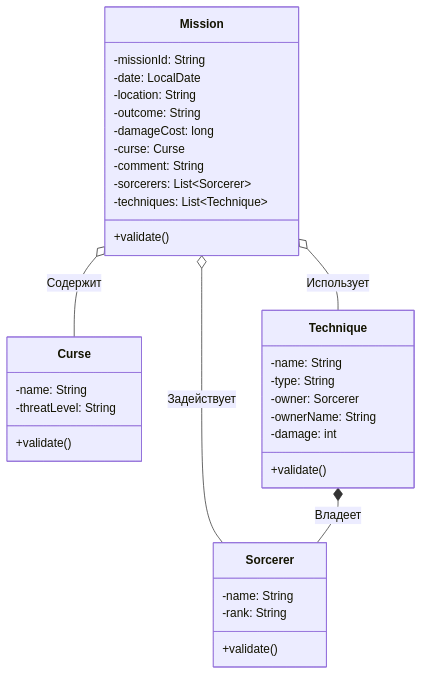
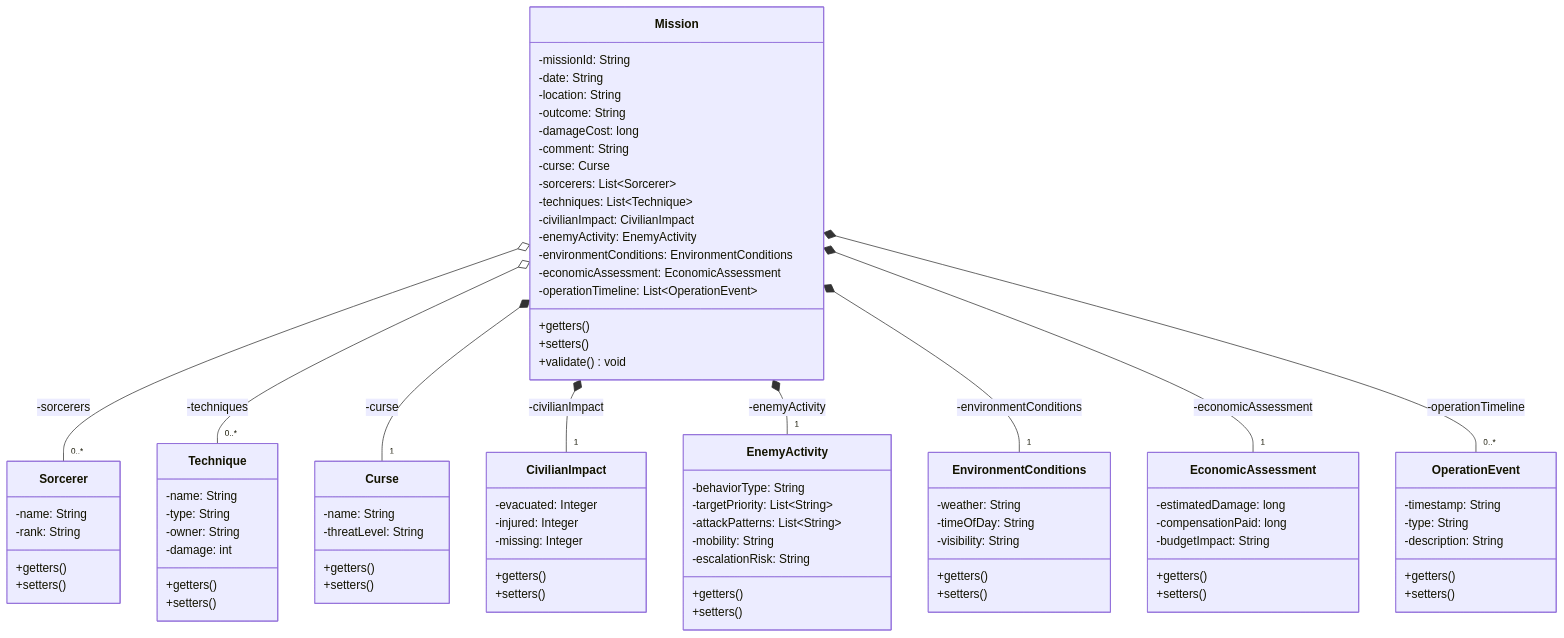
The diagram in implementation.mermaid (andrejmaznin/AppDevLabs), drawn with Mermaid before and after one commit. The commit also changed 3 other files, not shown here.

Commit message:
diagrams, fix

```diff
--- a/implementation.mermaid
+++ b/implementation.mermaid
@@ -1,41 +1,98 @@
+%%{init: {'theme': 'default', 'themeVariables': { 'background': '#ffffff' }}}%%
 classDiagram
 
     class Mission {
         -missionId: String
-        -date: LocalDate
+        -date: String
         -location: String
         -outcome: String
         -damageCost: long
+        -comment: String
         -curse: Curse
-        -comment: String
         -sorcerers: List~Sorcerer~
         -techniques: List~Technique~
-        +validate()
+        -civilianImpact: CivilianImpact
+        -enemyActivity: EnemyActivity
+        -environmentConditions: EnvironmentConditions
+        -economicAssessment: EconomicAssessment
+        -operationTimeline: List~OperationEvent~
+        +getters()
+        +setters()
+        +validate() void
     }
 
     class Curse {
         -name: String
         -threatLevel: String
-        +validate()
+        +getters()
+        +setters()
     }
 
     class Sorcerer {
         -name: String
         -rank: String
-        +validate()
+        +getters()
+        +setters()
     }
 
     class Technique {
         -name: String
         -type: String
-        -owner: Sorcerer
-        -ownerName: String
+        -owner: String
         -damage: int
-        +validate()
+        +getters()
+        +setters()
     }
 
+    class CivilianImpact {
+        -evacuated: Integer
+        -injured: Integer
+        -missing: Integer
+        +getters()
+        +setters()
+    }
 
-    Mission o-- Curse : Содержит
-    Mission o-- Sorcerer : Задействует
-    Mission o-- Technique : Использует
-    Technique *-- Sorcerer : Владеет
+    class EnemyActivity {
+        -behaviorType: String
+        -targetPriority: List~String~
+        -attackPatterns: List~String~
+        -mobility: String
+        -escalationRisk: String
+        +getters()
+        +setters()
+    }
+
+    class EnvironmentConditions {
+        -weather: String
+        -timeOfDay: String
+        -visibility: String
+        +getters()
+        +setters()
+    }
+
+    class OperationEvent {
+        -timestamp: String
+        -type: String
+        -description: String
+        +getters()
+        +setters()
+    }
+
+    class EconomicAssessment {
+        -estimatedDamage: long
+        -compensationPaid: long
+        -budgetImpact: String
+        +getters()
+        +setters()
+    }
+
+%% Реализация связей в коде (через поля классов)
+Mission o-- "0..*" Sorcerer : -sorcerers
+Mission o-- "0..*" Technique : -techniques
+
+Mission *-- "1" Curse : -curse
+Mission *-- "1" CivilianImpact : -civilianImpact
+Mission *-- "1" EnemyActivity : -enemyActivity
+Mission *-- "1" EnvironmentConditions : -environmentConditions
+Mission *-- "1" EconomicAssessment : -economicAssessment
+Mission *-- "0..*" OperationEvent : -operationTimeline
```
